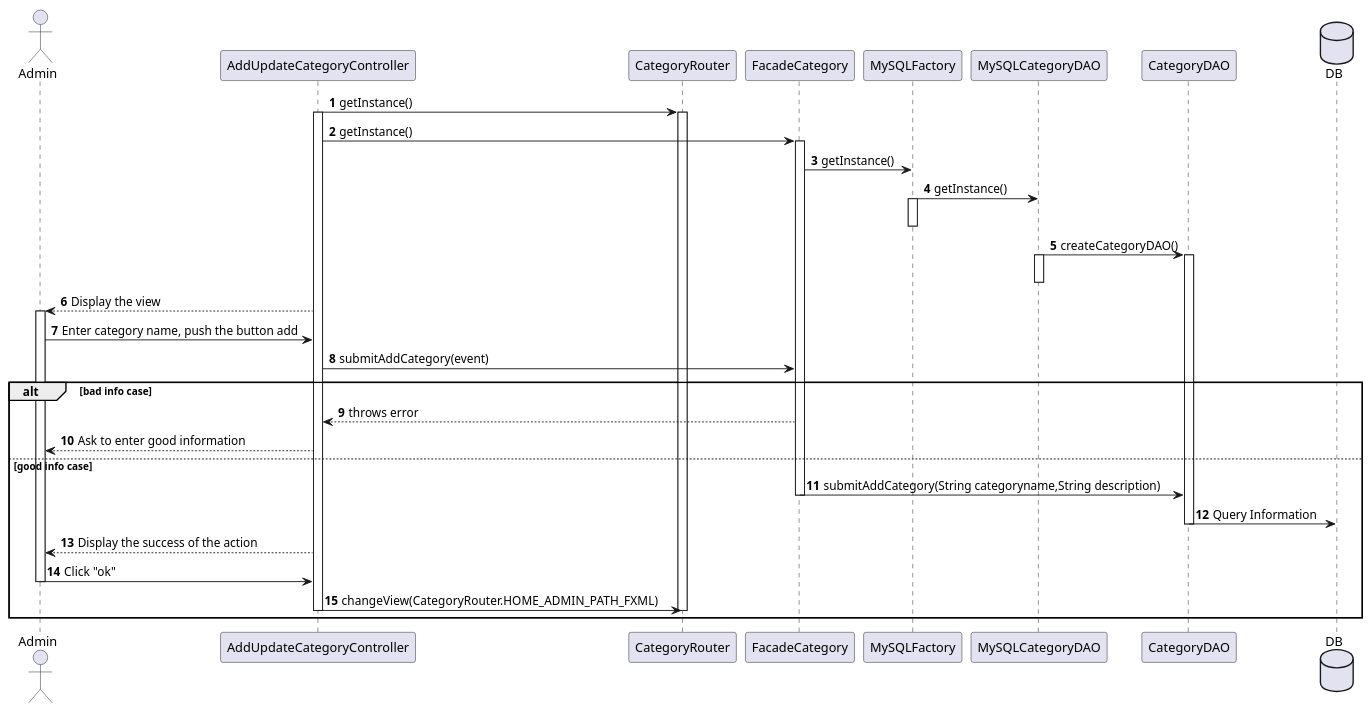
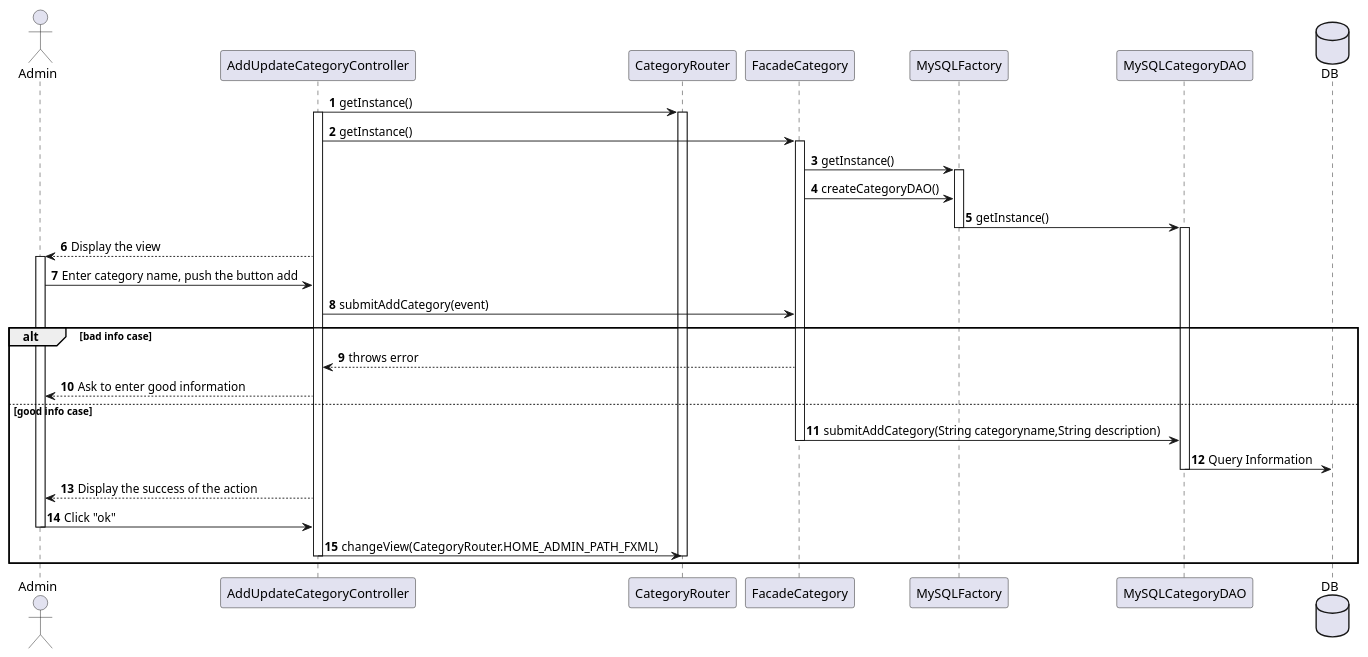
Before and after one commit to guiguie34/StudEasy: the diagram in project_diagrams/sequenceDiagrams/catecoryManagement.puml, drawn with PlantUML.

Commit message:
Fix : category management sequence diagram

```diff
--- a/project_diagrams/sequenceDiagrams/catecoryManagement.puml
+++ b/project_diagrams/sequenceDiagrams/catecoryManagement.puml
@@ -1,37 +1,37 @@
 @startuml
 autonumber
 actor Admin
 AddUpdateCategoryController -> CategoryRouter : getInstance()
 activate AddUpdateCategoryController
 activate CategoryRouter
 AddUpdateCategoryController -> FacadeCategory : getInstance()
 activate FacadeCategory
 FacadeCategory -> MySQLFactory : getInstance()
+activate MySQLFactory
+
+FacadeCategory -> MySQLFactory : createCategoryDAO()
 MySQLFactory -> MySQLCategoryDAO : getInstance()
-activate MySQLFactory
 deactivate MySQLFactory
-MySQLCategoryDAO -> CategoryDAO : createCategoryDAO()
 activate MySQLCategoryDAO
 deactivate MySQLCategoryDAO
-activate CategoryDAO
 AddUpdateCategoryController --> Admin : Display the view
 activate Admin
 Admin -> AddUpdateCategoryController : Enter category name, push the button add
 AddUpdateCategoryController -> FacadeCategory : submitAddCategory(event)
 alt bad info case
     FacadeCategory --> AddUpdateCategoryController : throws error
     AddUpdateCategoryController --> Admin : Ask to enter good information
 else good info case
-    FacadeCategory -> CategoryDAO : submitAddCategory(String categoryname,String description)
+    FacadeCategory -> MySQLCategoryDAO : submitAddCategory(String categoryname,String description)
     deactivate FacadeCategory
     database DB
-    CategoryDAO -> DB : Query Information
-    deactivate CategoryDAO
+    MySQLCategoryDAO -> DB : Query Information
+    deactivate MySQLCategoryDAO
     AddUpdateCategoryController --> Admin : Display the success of the action
     Admin -> AddUpdateCategoryController : Click "ok"
     deactivate Admin
     AddUpdateCategoryController -> CategoryRouter : changeView(CategoryRouter.HOME_ADMIN_PATH_FXML)
     deactivate AddUpdateCategoryController
     deactivate CategoryRouter
 end
 @enduml
```
